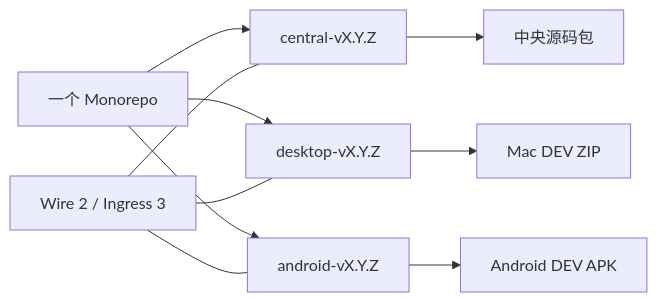
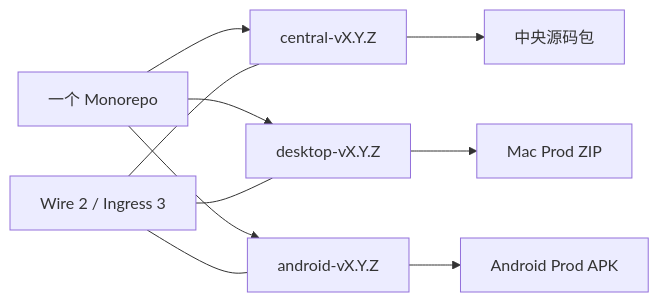
One commit to takenplan/mote changed the diagram in docs/release-architecture.md. Above: the diagram before and after it, drawn with Mermaid. The commit also changed other lines of this file and 82 other files, not shown here.

````diff
--- a/docs/release-architecture.md
+++ b/docs/release-architecture.md
@@ -14,12 +14,12 @@
 ```mermaid
 flowchart LR
   Repo[一个 Monorepo] --> Central[central-vX.Y.Z]
   Repo --> Desktop[desktop-vX.Y.Z]
   Repo --> Android[android-vX.Y.Z]
   Central --> Source[中央源码包]
-  Desktop --> ZIP[Mac DEV ZIP]
-  Android --> APK[Android DEV APK]
+  Desktop --> ZIP[Mac Prod ZIP]
+  Android --> APK[Android Prod APK]
   Contract[Wire 2 / Ingress 3] --- Central
   Contract --- Desktop
   Contract --- Android
 ```
````
